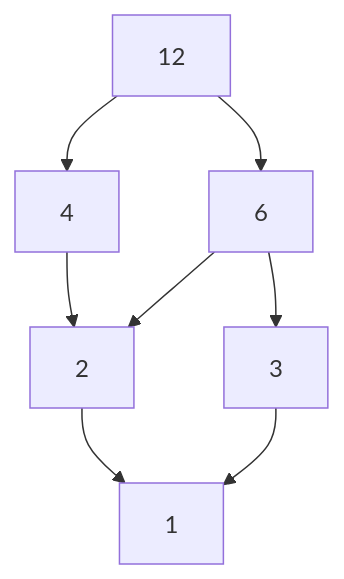
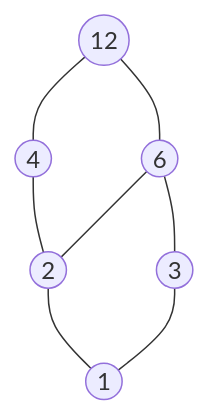
The first of 3 diagrams in public/documents/semester-1/2/1244.md (djaimej/computer-science-template), drawn with Mermaid before and after one commit. The commit also changed other lines of this file and 12 other files, not shown here.

````diff
--- a/public/documents/semester-1/2/1244.md
+++ b/public/documents/semester-1/2/1244.md
@@ -44,11 +47,10 @@
 ```mermaid
-flowchart TB
-    12["12"] --> 4["4"] & 6["6"]
-    4 --> 2["2"]
-    6 --> 2 & 3["3"]
-    2 --> 1["1"]
-    3 --> 1
-
-    12:::purple
-    1:::razzmatazz
+flowchart BT
+  1((1)) --- 2((2))
+  1 --- 3((3))
+  2 --- 4((4))
+  2 --- 6((6))
+  3 --- 6
+  4 --- 12((12))
+  6 --- 12
 ```
````
